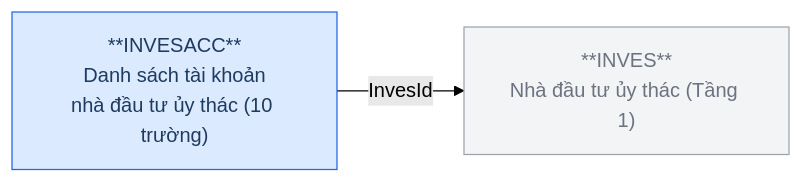
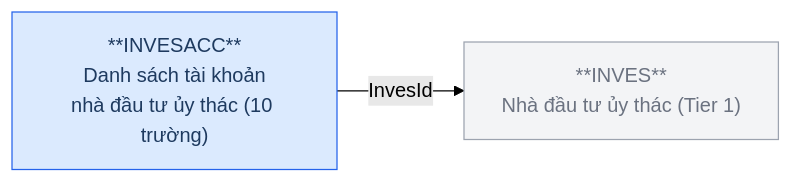
Before and after one commit to linhlvit/ubck_atomic_design: the ninth of 16 diagrams in Silver/hld/FMS_HLD_Tier2.md, drawn with Mermaid (forest theme). The commit also changed other lines of this file and 111 other files, not shown here.

````diff
--- a/Silver/hld/FMS_HLD_Tier2.md
+++ b/Silver/hld/FMS_HLD_Tier2.md
@@ -226,10 +220,10 @@
 ```mermaid
 graph LR
     classDef src fill:#dbeafe,stroke:#2563eb,color:#1e3a5f
     classDef ref fill:#f3f4f6,stroke:#9ca3af,color:#6b7280
 
-    INVES["**INVES**\nNhà đầu tư ủy thác (Tầng 1)"]:::ref
+    INVES["**INVES**\nNhà đầu tư ủy thác (Tier 1)"]:::ref
     INVESACC["**INVESACC**\nDanh sách tài khoản\nnhà đầu tư ủy thác (10 trường)"]:::src
 
     INVESACC -->|InvesId| INVES
 ```
````
